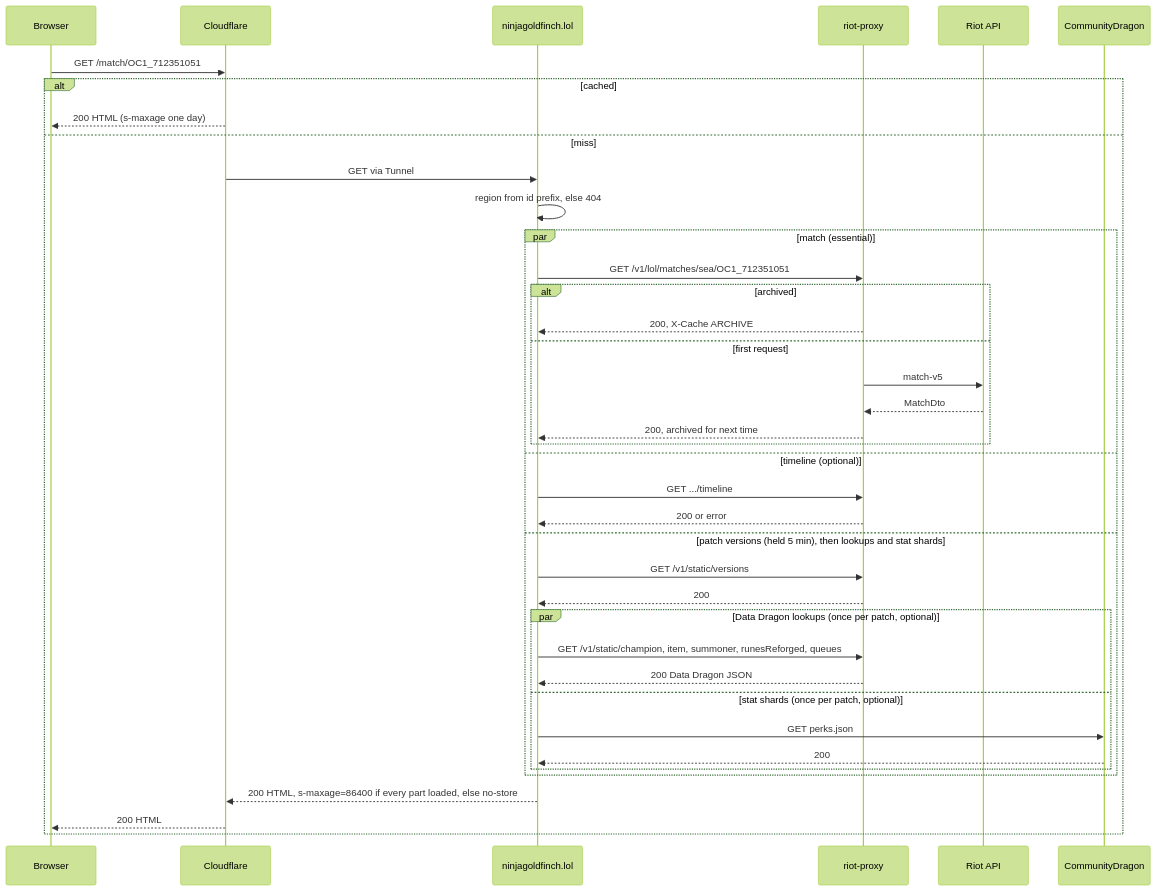
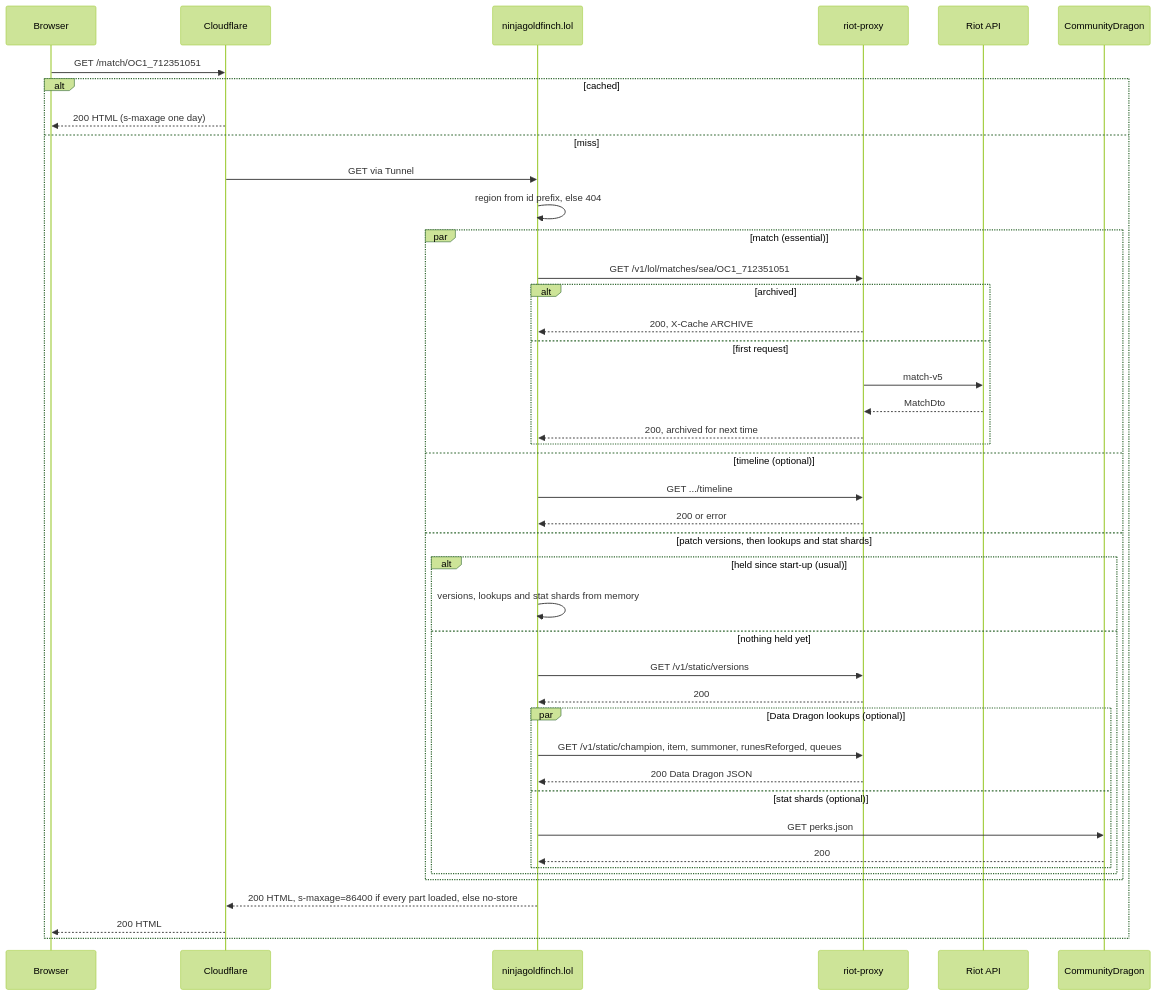
One commit to NinjaGoldfinch/ninjagoldfinch-lol changed the fourth of 5 diagrams in docs/architecture/request-lifecycle.md. Above: the diagram before and after it, drawn with Mermaid (forest theme). The commit also changed other lines of this file and 41 other files, not shown here.

First line of the commit message:
perf(patch): load static data at start-up; refresh the patch in the background

````diff
--- a/docs/architecture/request-lifecycle.md
+++ b/docs/architecture/request-lifecycle.md
@@ -103,42 +132,46 @@
 ```mermaid
 sequenceDiagram
   participant Browser
   participant Cloudflare
   participant Site as ninjagoldfinch.lol
   participant Proxy as riot-proxy
   participant Riot as Riot API
   participant CDragon as CommunityDragon
 
   Browser->>Cloudflare: GET /match/OC1_712351051
   alt cached
     Cloudflare-->>Browser: 200 HTML (s-maxage one day)
   else miss
     Cloudflare->>Site: GET via Tunnel
     Site->>Site: region from id prefix, else 404
     par match (essential)
       Site->>Proxy: GET /v1/lol/matches/sea/OC1_712351051
       alt archived
         Proxy-->>Site: 200, X-Cache ARCHIVE
       else first request
         Proxy->>Riot: match-v5
         Riot-->>Proxy: MatchDto
         Proxy-->>Site: 200, archived for next time
       end
     and timeline (optional)
       Site->>Proxy: GET .../timeline
       Proxy-->>Site: 200 or error
-    and patch versions (held 5 min), then lookups and stat shards
-      Site->>Proxy: GET /v1/static/versions
-      Proxy-->>Site: 200
-      par Data Dragon lookups (once per patch, optional)
-        Site->>Proxy: GET /v1/static/champion, item, summoner, runesReforged, queues
-        Proxy-->>Site: 200 Data Dragon JSON
-      and stat shards (once per patch, optional)
-        Site->>CDragon: GET perks.json
-        CDragon-->>Site: 200
+    and patch versions, then lookups and stat shards
+      alt held since start-up (usual)
+        Site->>Site: versions, lookups and stat shards from memory
+      else nothing held yet
+        Site->>Proxy: GET /v1/static/versions
+        Proxy-->>Site: 200
+        par Data Dragon lookups (optional)
+          Site->>Proxy: GET /v1/static/champion, item, summoner, runesReforged, queues
+          Proxy-->>Site: 200 Data Dragon JSON
+        and stat shards (optional)
+          Site->>CDragon: GET perks.json
+          CDragon-->>Site: 200
+        end
       end
     end
     Site-->>Cloudflare: 200 HTML, s-maxage=86400 if every part loaded, else no-store
     Cloudflare-->>Browser: 200 HTML
   end
 ```
````
